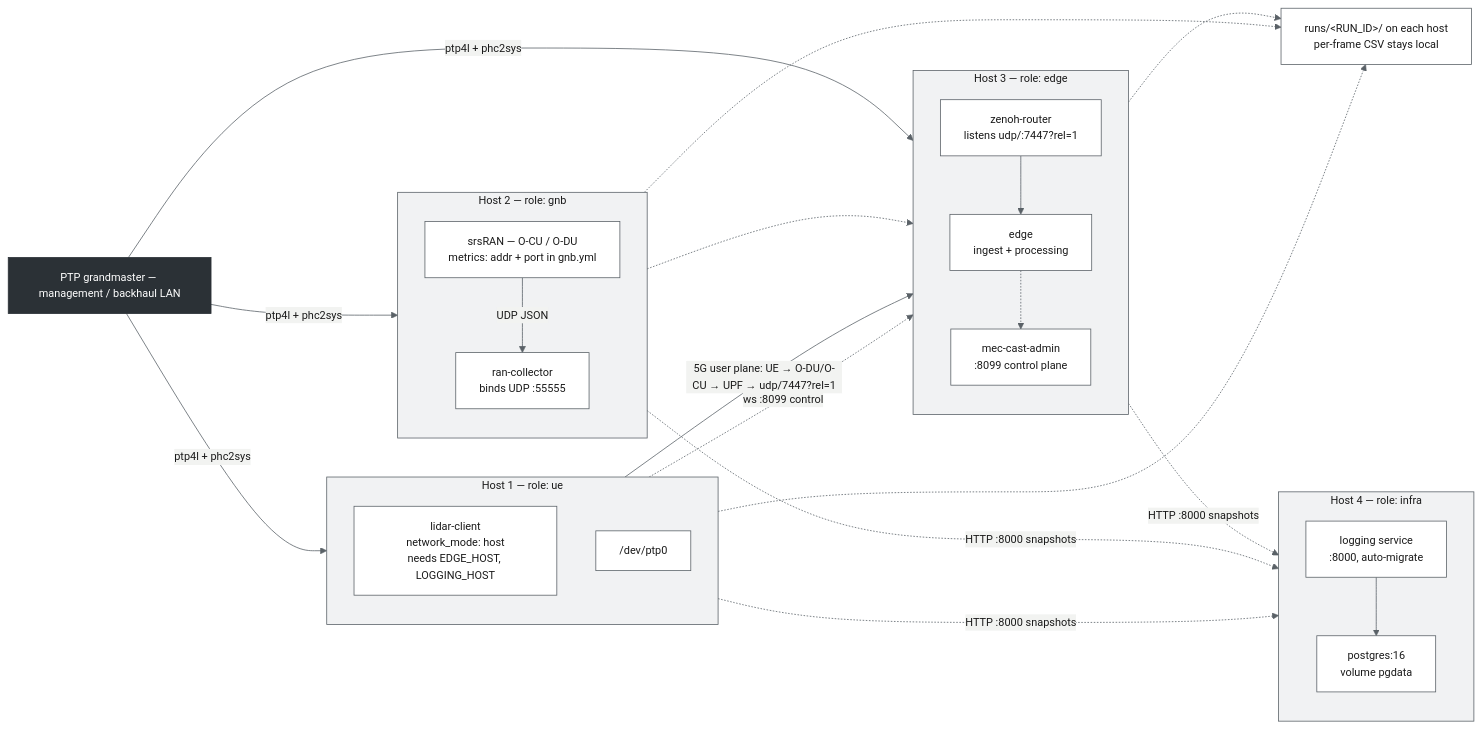
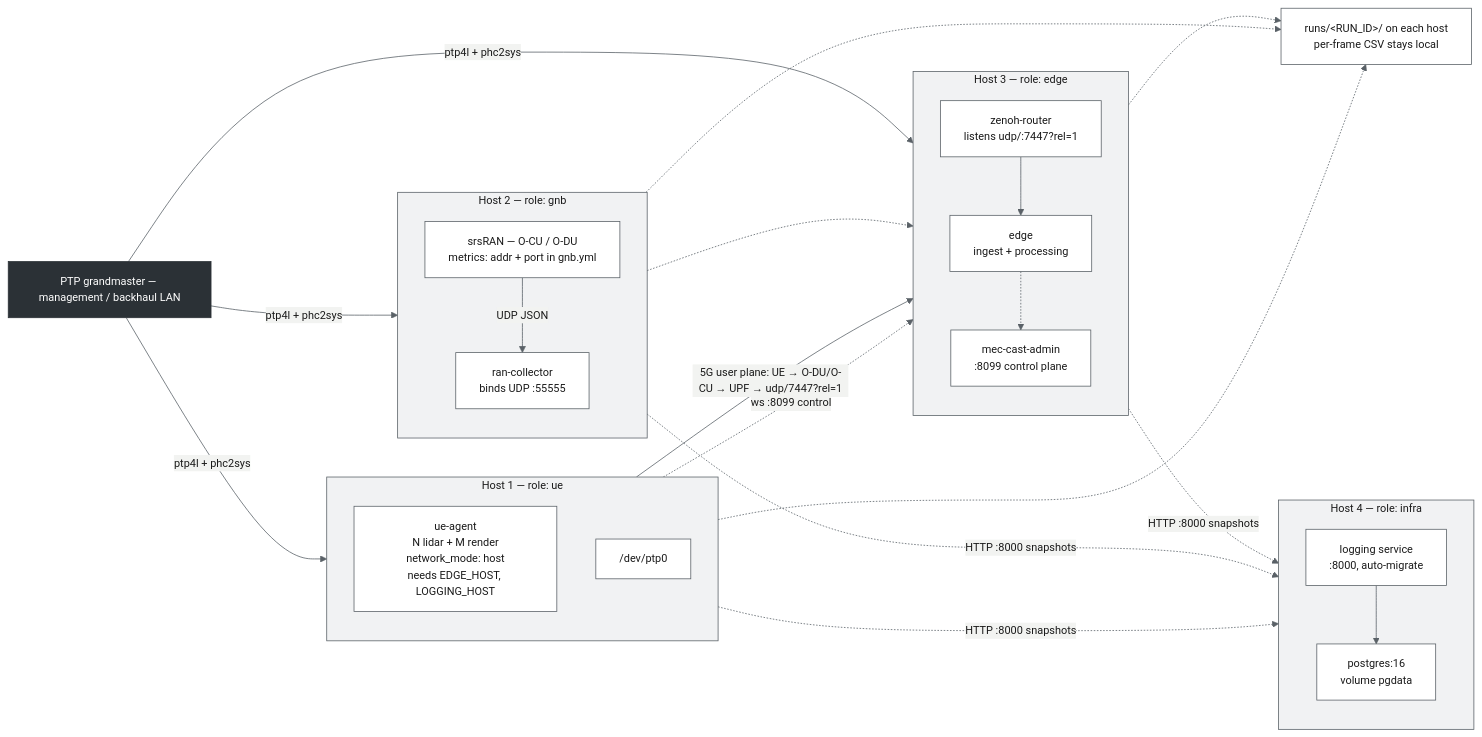
Before and after one commit to morosev/mec-cast: the diagram in docs/diagrams/lab-deployment.mmd, drawn with Mermaid. The commit also changed 18 other files, not shown here.

```diff
--- a/docs/diagrams/lab-deployment.mmd
+++ b/docs/diagrams/lab-deployment.mmd
@@ -1,63 +1,63 @@
 %% mec-cast — lab deployment, four roles on four hosts (deck slide 3)
 %% Deploy order: infra -> edge -> gnb -> ue
 %% Edit this file, then: bash docs/diagrams/render.sh
 %%{init: {"theme":"base","themeVariables":{
   "background":"#FFFFFF","primaryColor":"#F1F2F3","primaryTextColor":"#1A1A1A",
   "primaryBorderColor":"#5A6167","lineColor":"#5A6167","textColor":"#1A1A1A",
   "clusterBkg":"#FFFFFF","clusterBorder":"#1A1A1A","titleColor":"#1A1A1A","nodeTextColor":"#1A1A1A",
   "fontFamily":"Calibri, Arial, sans-serif","fontSize":"14px"}} }%%
 flowchart LR
   classDef host fill:#F1F2F3,stroke:#5A6167,stroke-width:1px,color:#1A1A1A
   classDef svc fill:#FFFFFF,stroke:#5A6167,stroke-width:1px,color:#1A1A1A
   classDef sync fill:#2B3136,stroke:#2B3136,color:#FFFFFF
 
   subgraph UEH["Host 1 — role: ue"]
     direction TB
-    LC["lidar-client<br/>network_mode: host<br/>needs EDGE_HOST, LOGGING_HOST"]
+    LC["ue-agent<br/>N lidar + M render<br/>network_mode: host<br/>needs EDGE_HOST, LOGGING_HOST"]
     PTPU["/dev/ptp0"]
   end
 
   subgraph GNBH["Host 2 — role: gnb"]
     direction TB
     SRS["srsRAN — O-CU / O-DU<br/>metrics: addr + port in gnb.yml"]
     RC["ran-collector<br/>binds UDP :55555"]
     SRS -->|"UDP JSON"| RC
   end
 
   subgraph EDGEH["Host 3 — role: edge"]
     direction TB
     ZR["zenoh-router<br/>listens udp/:7447?rel=1"]
     ED["edge<br/>ingest + processing"]
     ADM["mec-cast-admin<br/>:8099 control plane"]
     ZR --> ED
   end
 
   subgraph INFRAH["Host 4 — role: infra"]
     direction TB
     LOGS["logging service<br/>:8000, auto-migrate"]
     PG["postgres:16<br/>volume pgdata"]
     LOGS --> PG
   end
 
   LC -->|"5G user plane: UE → O-DU/O-CU → UPF → udp/7447?rel=1"| ZR
   LC -.->|"HTTP :8000 snapshots"| LOGS
   ED -.->|"HTTP :8000 snapshots"| LOGS
   RC -.->|"HTTP :8000 snapshots"| LOGS
 
   LC -.->|"ws :8099 control"| ADM
   ED -.-> ADM
   RC -.-> ADM
 
   GM["PTP grandmaster — management / backhaul LAN"]
   GM -->|"ptp4l + phc2sys"| UEH
   GM -->|"ptp4l + phc2sys"| GNBH
   GM -->|"ptp4l + phc2sys"| EDGEH
 
   RUNS["runs/&lt;RUN_ID&gt;/ on each host<br/>per-frame CSV stays local"]
   LC -.-> RUNS
   ED -.-> RUNS
   RC -.-> RUNS
 
   class UEH,GNBH,EDGEH,INFRAH host
   class LC,SRS,RC,ZR,ED,ADM,LOGS,PG,PTPU,RUNS svc
   class GM sync
```
